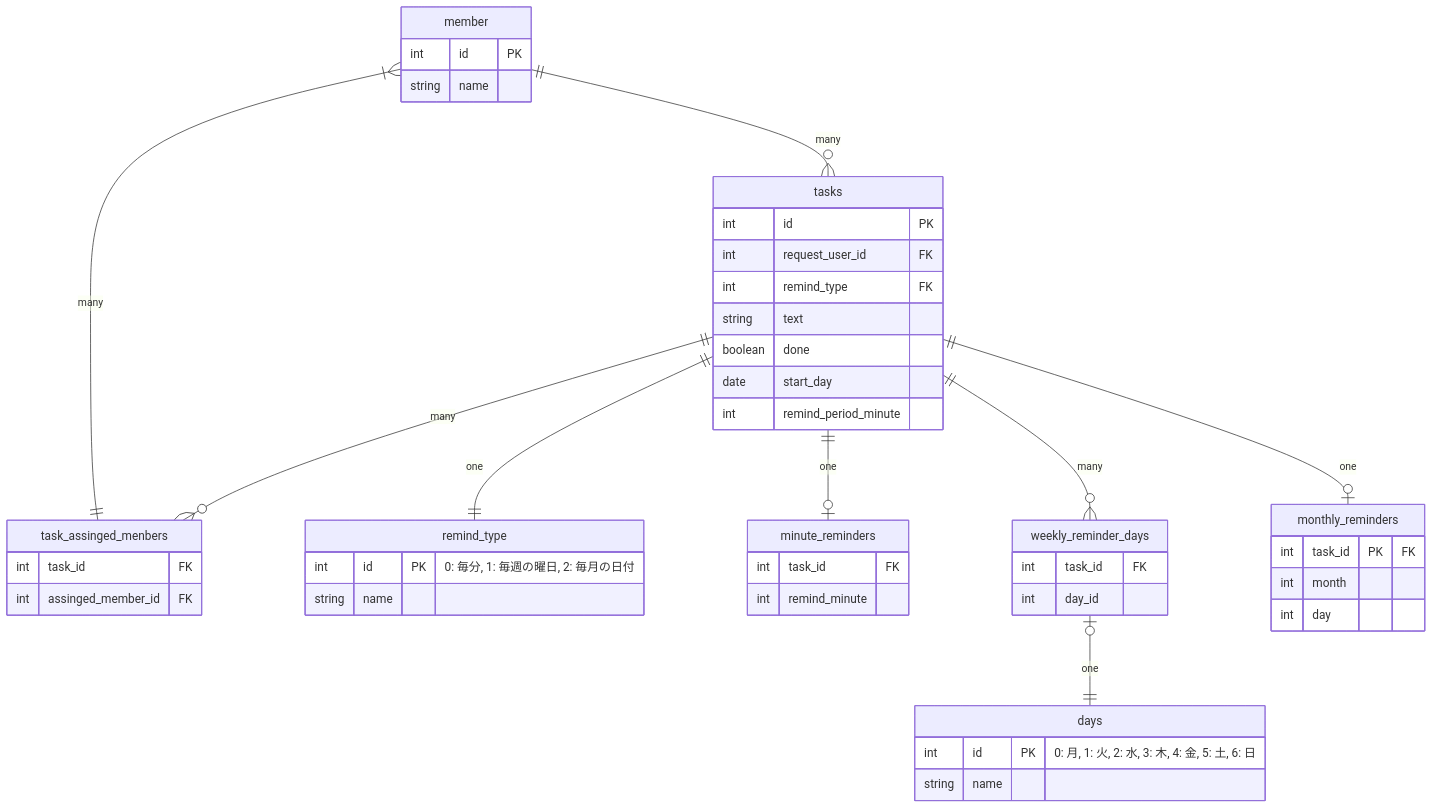
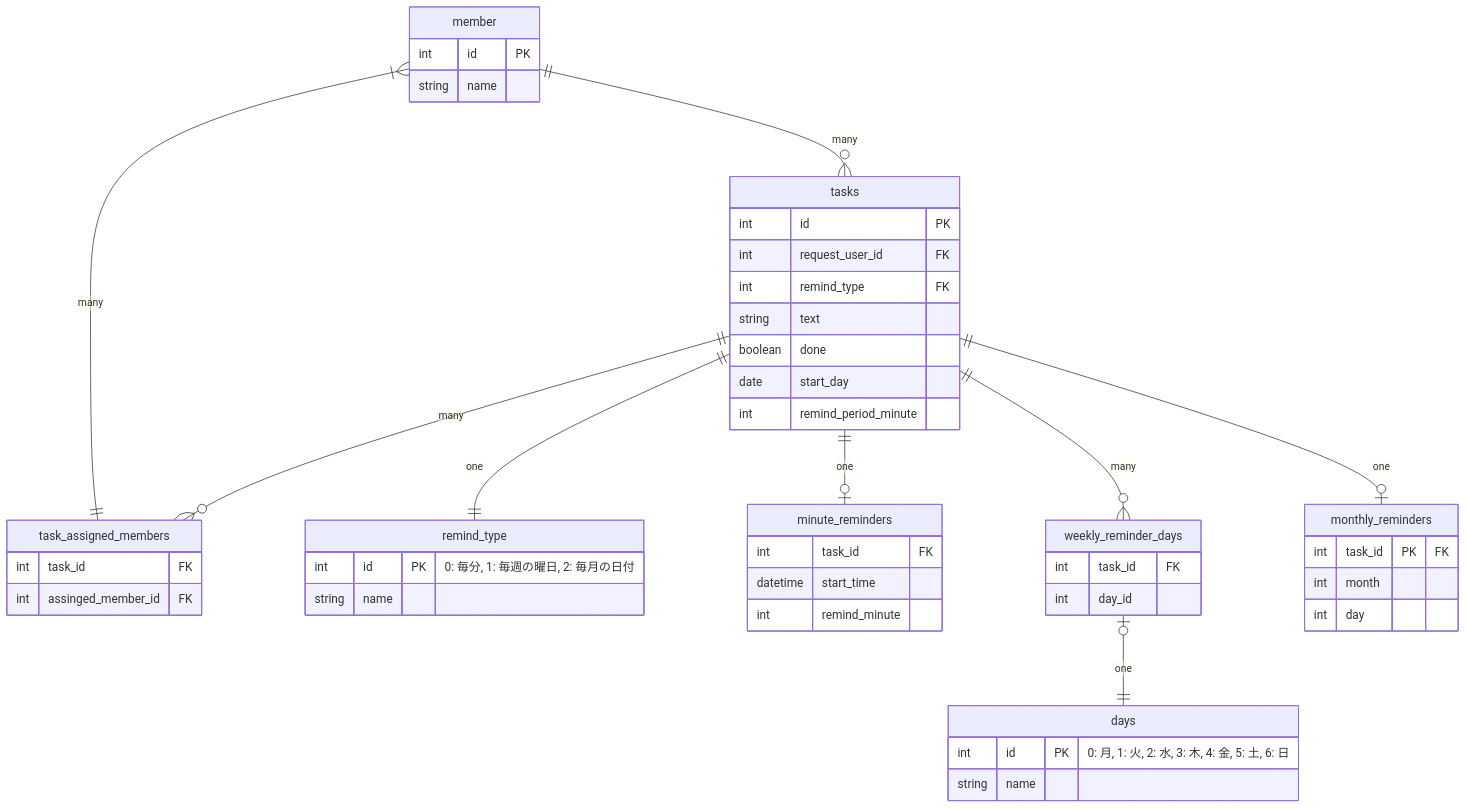
Before and after one commit to HitoroOhria/praha-challenge: the diagram in db/db-modeling-4/README.md, drawn with Mermaid. The commit also changed other lines of this file, not shown here.

````diff
--- a/db/db-modeling-4/README.md
+++ b/db/db-modeling-4/README.md
@@ -5,57 +5,58 @@
 ```mermaid
 erDiagram
 
 member ||--o{ tasks : "many"
-member }|--|| task_assinged_menbers : "many"
+member }|--|| task_assigned_members : "many"
 member {
   int id PK
   string name
 }
 
-tasks ||--o{ task_assinged_menbers : "many"
+tasks ||--o{ task_assigned_members : "many"
 tasks ||--|| remind_type : "one"
 tasks ||--o| minute_reminders : "one"
 tasks ||--o{ weekly_reminder_days : "many"
 tasks ||--o| monthly_reminders : "one"
 tasks {
   int id PK
   int request_user_id FK
   int remind_type FK
   string text
   boolean done
   date start_day
   int remind_period_minute
 }
 
-task_assinged_menbers {
+task_assigned_members {
   int task_id FK
   int assinged_member_id FK 
 }
 
 remind_type {
   int id PK "0: 毎分, 1: 毎週の曜日, 2: 毎月の日付"
   string name
 }
 
 minute_reminders {
   int task_id FK
+  datetime start_time
   int remind_minute
 }
 
 weekly_reminder_days |o--|| days : "one"
 weekly_reminder_days {
   int task_id FK
   int day_id 
 }
 
 monthly_reminders {
   int task_id PK "FK"
   int month 
   int day
 }
 
 days {
   int id PK "0: 月, 1: 火, 2: 水, 3: 木, 4: 金, 5: 土, 6: 日"
   string name
 }
 ```
````
